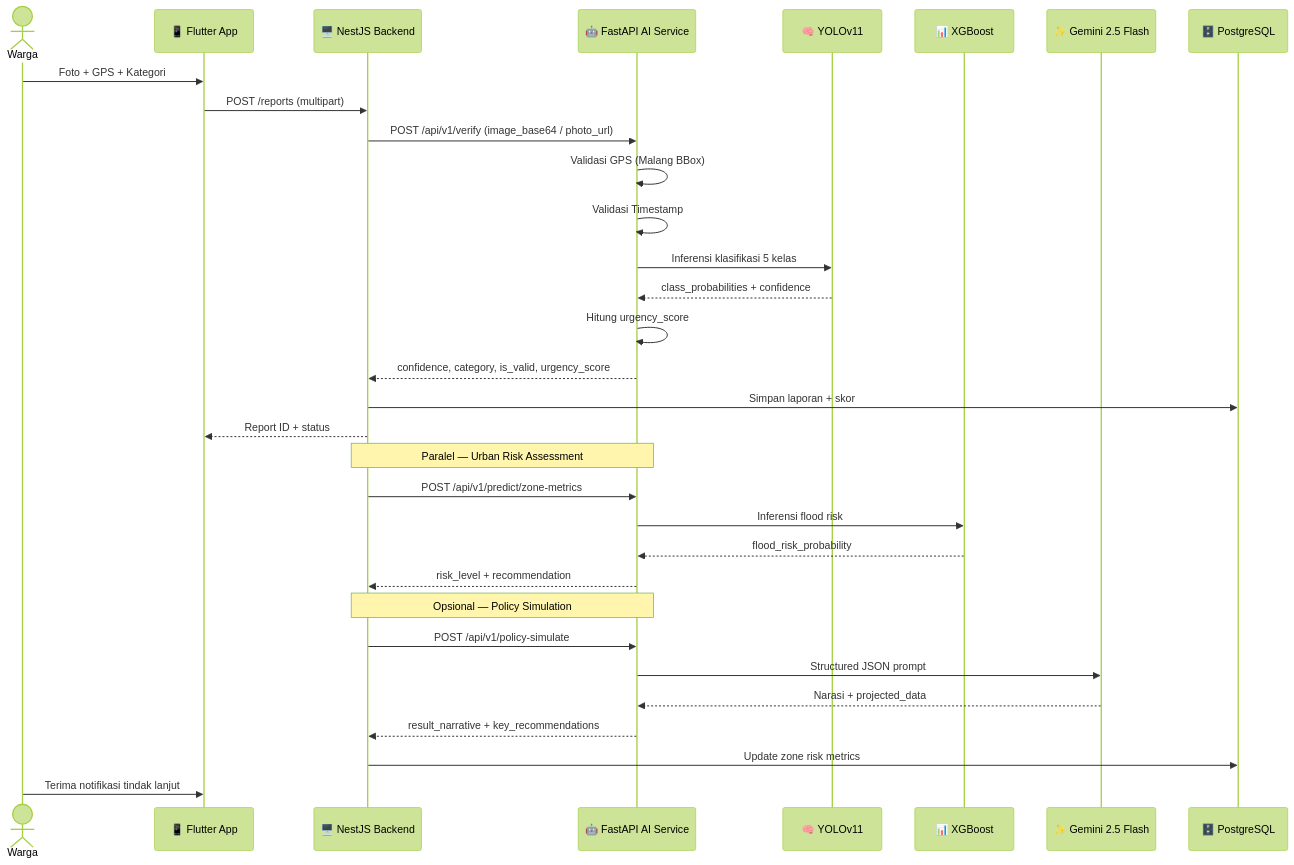
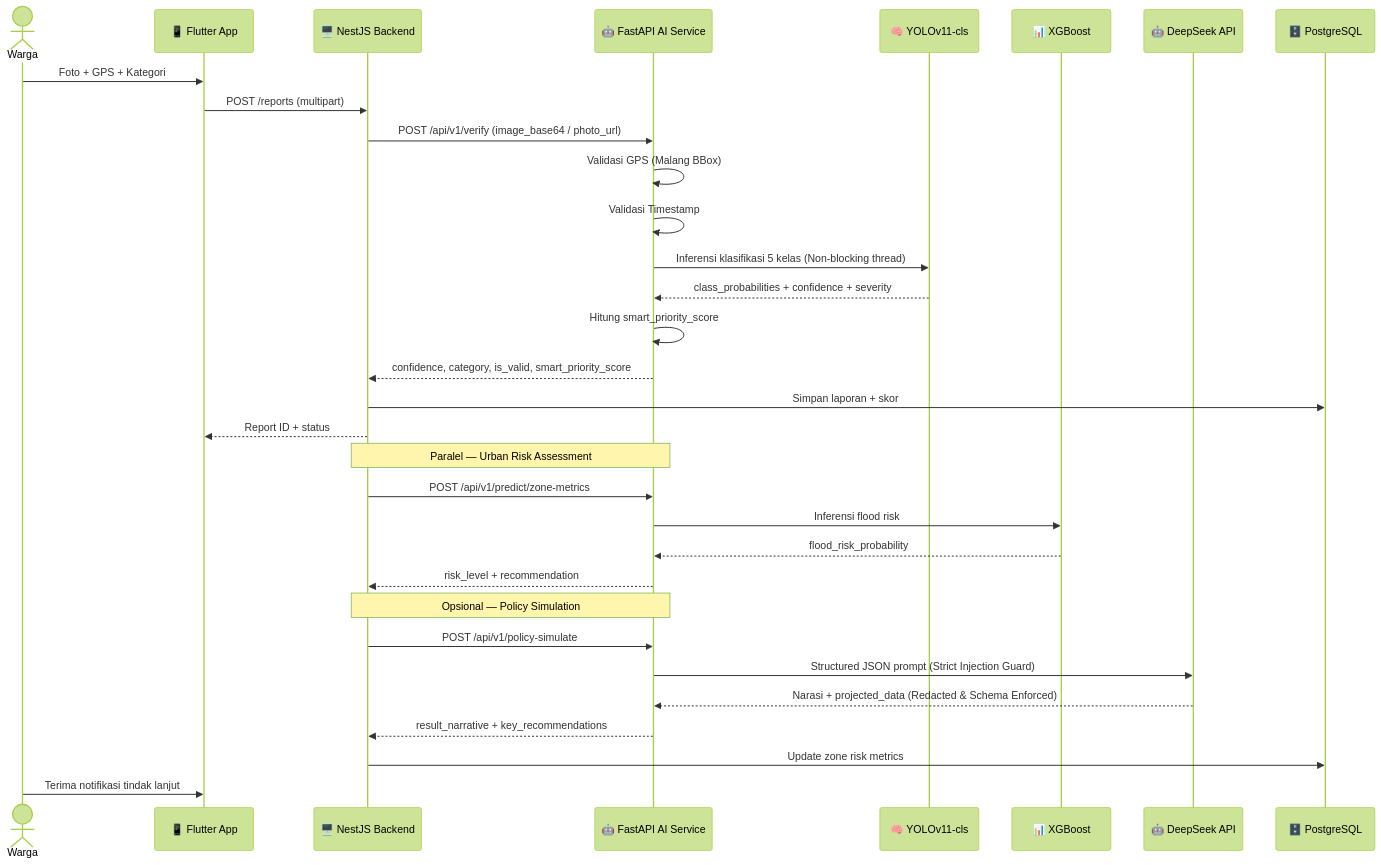
The third of 21 diagrams in README.md (nabilkencana/AI-Service-LaporKita), drawn with Mermaid (forest theme) before and after one commit. The commit also changed other lines of this file and 57 other files, not shown here.

Commit message:
feat(ai-service): complete Round 2 fixes - 6-class YOLOv11 OOD guard, DeepSeek LLM, API Key auth, security & fail-closed policies

````diff
--- a/README.md
+++ b/README.md
@@ -171,40 +173,40 @@
 ```mermaid
 sequenceDiagram
     actor Warga
     participant Flutter as 📱 Flutter App
     participant NestJS as 🖥️ NestJS Backend
     participant FastAPI as 🤖 FastAPI AI Service
-    participant YOLO as 🧠 YOLOv11
+    participant YOLO as 🧠 YOLOv11-cls
     participant XGB as 📊 XGBoost
-    participant Gemini as ✨ Gemini 2.5 Flash
+    participant DeepSeek as 🤖 DeepSeek API
     participant DB as 🗄️ PostgreSQL
 
     Warga->>Flutter: Foto + GPS + Kategori
     Flutter->>NestJS: POST /reports (multipart)
     NestJS->>FastAPI: POST /api/v1/verify (image_base64 / photo_url)
 
     FastAPI->>FastAPI: Validasi GPS (Malang BBox)
     FastAPI->>FastAPI: Validasi Timestamp
-    FastAPI->>YOLO: Inferensi klasifikasi 5 kelas
-    YOLO-->>FastAPI: class_probabilities + confidence
-    FastAPI->>FastAPI: Hitung urgency_score
-    FastAPI-->>NestJS: confidence, category, is_valid, urgency_score
+    FastAPI->>YOLO: Inferensi klasifikasi 5 kelas (Non-blocking thread)
+    YOLO-->>FastAPI: class_probabilities + confidence + severity
+    FastAPI->>FastAPI: Hitung smart_priority_score
+    FastAPI-->>NestJS: confidence, category, is_valid, smart_priority_score
 
     NestJS->>DB: Simpan laporan + skor
     NestJS-->>Flutter: Report ID + status
 
     Note over NestJS, FastAPI: Paralel — Urban Risk Assessment
     NestJS->>FastAPI: POST /api/v1/predict/zone-metrics
     FastAPI->>XGB: Inferensi flood risk
     XGB-->>FastAPI: flood_risk_probability
     FastAPI-->>NestJS: risk_level + recommendation
 
     Note over NestJS, FastAPI: Opsional — Policy Simulation
     NestJS->>FastAPI: POST /api/v1/policy-simulate
-    FastAPI->>Gemini: Structured JSON prompt
-    Gemini-->>FastAPI: Narasi + projected_data
+    FastAPI->>DeepSeek: Structured JSON prompt (Strict Injection Guard)
+    DeepSeek-->>FastAPI: Narasi + projected_data (Redacted & Schema Enforced)
     FastAPI-->>NestJS: result_narrative + key_recommendations
 
     NestJS->>DB: Update zone risk metrics
     Warga->>Flutter: Terima notifikasi tindak lanjut
 ```
````
